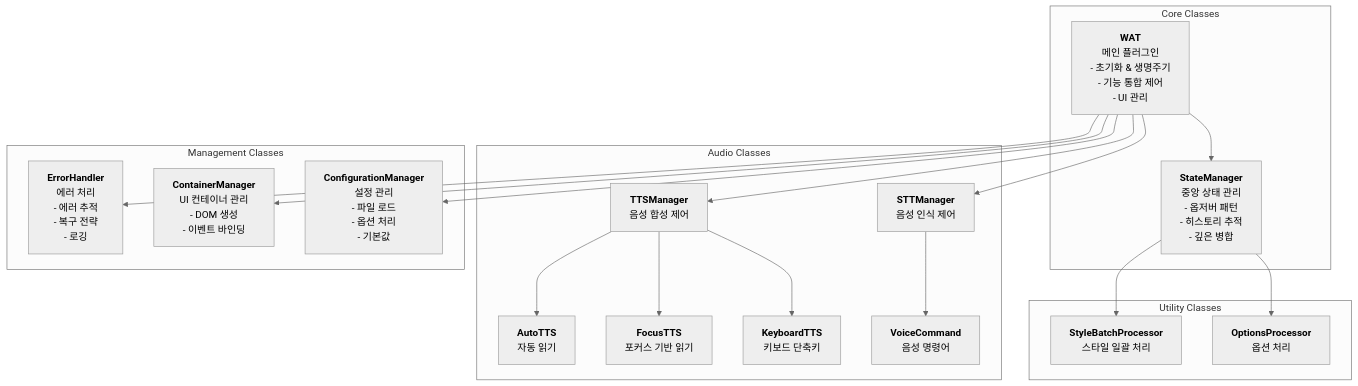
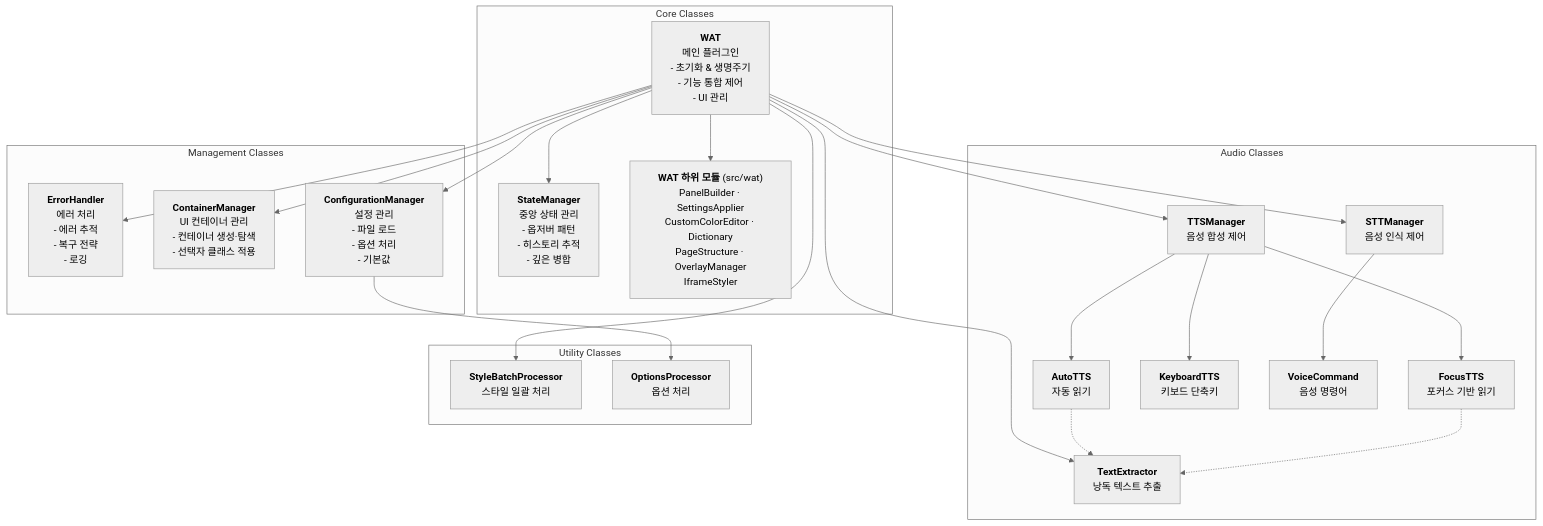
One commit to Daegu-Cyber-University/ModuWeb changed the sixth of 7 diagrams in ARCHITECTURE.md. Above: the diagram before and after it, drawn with Mermaid (neutral theme). The commit also changed other lines of this file and 3 other files, not shown here.

First line of the commit message:
Docs: README·ARCHITECTURE의 브라우저 지원·이벤트·소스 구조를 코드에 맞춤

````diff
--- a/ARCHITECTURE.md
+++ b/ARCHITECTURE.md
@@ -191,43 +191,49 @@
 ```mermaid
 graph TB
     subgraph "Core Classes"
         WAT["<b>WAT</b><br/>메인 플러그인<br/>- 초기화 & 생명주기<br/>- 기능 통합 제어<br/>- UI 관리"]
         SM["<b>StateManager</b><br/>중앙 상태 관리<br/>- 옵저버 패턴<br/>- 히스토리 추적<br/>- 깊은 병합"]
+        SUB["<b>WAT 하위 모듈</b> (src/wat)<br/>PanelBuilder · SettingsApplier<br/>CustomColorEditor · Dictionary<br/>PageStructure · OverlayManager<br/>IframeStyler"]
     end
 
     subgraph "Audio Classes"
         TTS["<b>TTSManager</b><br/>음성 합성 제어"]
         AutoTTS["<b>AutoTTS</b><br/>자동 읽기"]
         FocusTTS["<b>FocusTTS</b><br/>포커스 기반 읽기"]
         KeyboardTTS["<b>KeyboardTTS</b><br/>키보드 단축키"]
+        TE["<b>TextExtractor</b><br/>낭독 텍스트 추출"]
         STT["<b>STTManager</b><br/>음성 인식 제어"]
         VC["<b>VoiceCommand</b><br/>음성 명령어"]
     end
 
     subgraph "Management Classes"
         EM["<b>ErrorHandler</b><br/>에러 처리<br/>- 에러 추적<br/>- 복구 전략<br/>- 로깅"]
-        CM["<b>ContainerManager</b><br/>UI 컨테이너 관리<br/>- DOM 생성<br/>- 이벤트 바인딩"]
+        CM["<b>ContainerManager</b><br/>UI 컨테이너 관리<br/>- 컨테이너 생성·탐색<br/>- 선택자 클래스 적용"]
         CFG["<b>ConfigurationManager</b><br/>설정 관리<br/>- 파일 로드<br/>- 옵션 처리<br/>- 기본값"]
     end
 
     subgraph "Utility Classes"
         SBP["<b>StyleBatchProcessor</b><br/>스타일 일괄 처리"]
         OP["<b>OptionsProcessor</b><br/>옵션 처리"]
     end
 
     WAT --> SM
+    WAT --> SUB
     WAT --> TTS
+    WAT --> TE
     WAT --> STT
     WAT --> EM
     WAT --> CM
     WAT --> CFG
+    WAT --> SBP
     
     TTS --> AutoTTS
     TTS --> FocusTTS
     TTS --> KeyboardTTS
+    AutoTTS -.-> TE
+    FocusTTS -.-> TE
     STT --> VC
     
-    SM --> SBP
-    SM --> OP
+    CFG --> OP
     
 ```
````
